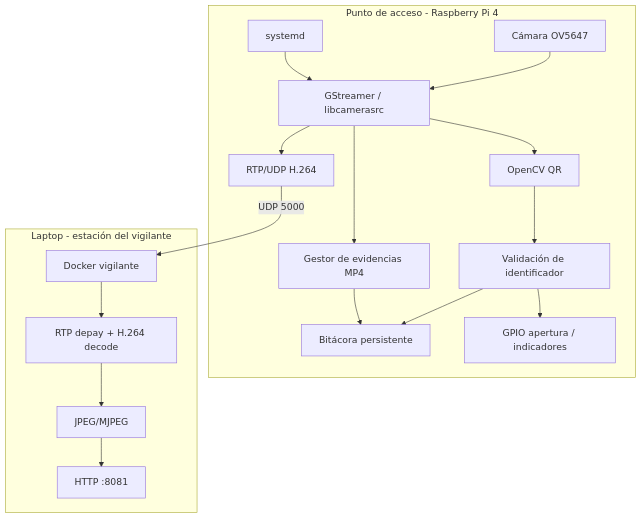
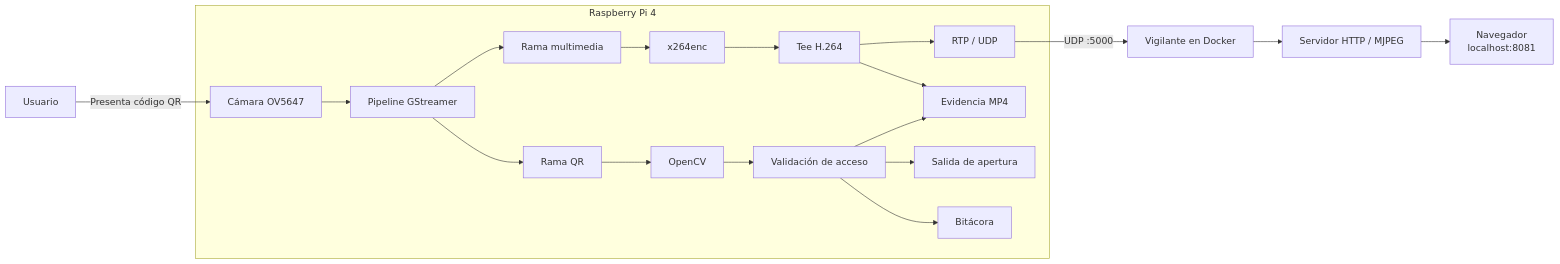
One commit to VeroC25/Project_1_Embebidos changed the first of 9 diagrams in docs/01_arquitectura.md. Above: the diagram before and after it, drawn with Mermaid. The commit also changed other lines of this file, not shown here.

````diff
--- a/docs/01_arquitectura.md
+++ b/docs/01_arquitectura.md
@@ -27,33 +20,27 @@
 ```mermaid
-flowchart TB
-    subgraph Punto_de_acceso["Punto de acceso - Raspberry Pi 4"]
-        CAM["Cámara OV5647"]
-        GST["GStreamer / libcamerasrc"]
-        OPENCV["OpenCV QR"]
-        VALID["Validación de identificador"]
-        REC["Gestor de evidencias MP4"]
-        LOG["Bitácora persistente"]
-        RTP["RTP/UDP H.264"]
-        GPIO["GPIO apertura / indicadores"]
-        SYS["systemd"]
-        CAM --> GST
-        GST --> OPENCV
-        OPENCV --> VALID
-        GST --> REC
-        VALID --> LOG
-        VALID --> GPIO
-        REC --> LOG
-        GST --> RTP
-        SYS --> GST
+flowchart LR
+    USER["Usuario"] -->|"Presenta código QR"| CAM["Cámara OV5647"]
+
+    subgraph RPI["Raspberry Pi 4"]
+        CAM --> GST["Pipeline GStreamer"]
+
+        GST --> QR["Rama QR"]
+        QR --> CV["OpenCV"]
+        CV --> VAL["Validación de acceso"]
+
+        GST --> H264["Rama multimedia"]
+        H264 --> ENC["x264enc"]
+        ENC --> TEEH264["Tee H.264"]
+
+        TEEH264 --> RTP["RTP / UDP"]
+        TEEH264 --> EVID["Evidencia MP4"]
+
+        VAL --> GPIO["Salida de apertura"]
+        VAL --> LOG["Bitácora"]
+        VAL --> EVID
     end
 
-    subgraph Vigilancia["Laptop - estación del vigilante"]
-        DOCKER["Docker vigilante"]
-        DECODE["RTP depay + H.264 decode"]
-        MJPEG["JPEG/MJPEG"]
-        WEB["HTTP :8081"]
-        DOCKER --> DECODE --> MJPEG --> WEB
-    end
-
-    RTP -->|"UDP 5000"| DOCKER
+    RTP -->|"UDP :5000"| DOCKER["Vigilante en Docker"]
+    DOCKER --> WEB["Servidor HTTP / MJPEG"]
+    WEB --> BROWSER["Navegador<br/>localhost:8081"]
 ```
````
